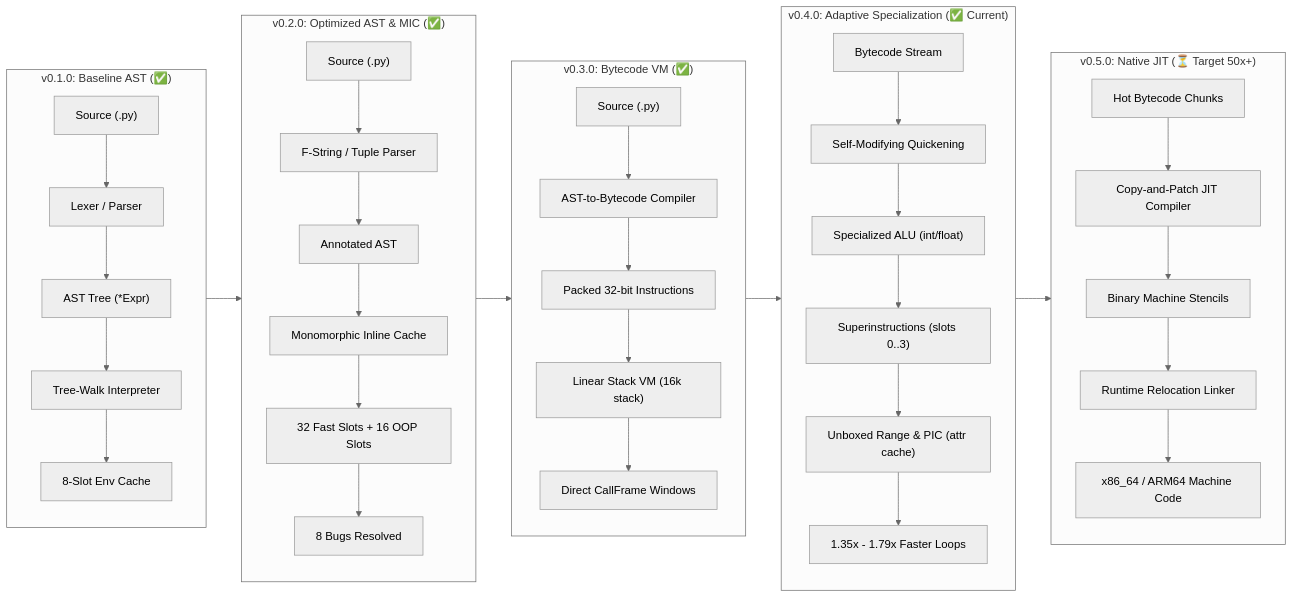
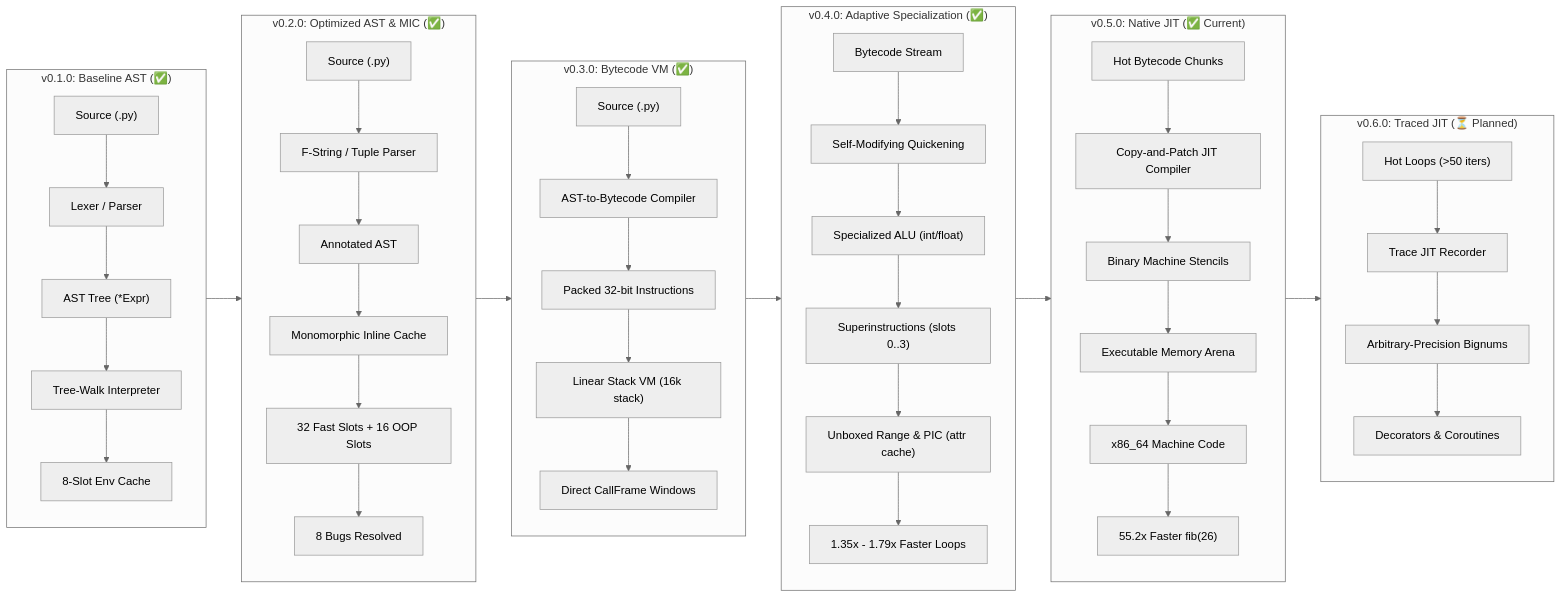
One commit to babar-xagi/zython- changed the diagram in developer_doc/README.md. Above: the diagram before and after it, drawn with Mermaid (neutral theme). The commit also changed other lines of this file and 15 other files, not shown here.

Commit message:
feat(v0.5.0): implement Phase 5 Copy-and-Patch Native JIT Compiler (55x faster than CPython)

````diff
--- a/developer_doc/README.md
+++ b/developer_doc/README.md
@@ -21,44 +22,52 @@
 ```mermaid
 flowchart LR
     subgraph Phase1 ["v0.1.0: Baseline AST (✅)"]
         A1["Source (.py)"] --> B1["Lexer / Parser"]
         B1 --> C1["AST Tree (*Expr)"]
         C1 --> D1["Tree-Walk Interpreter"]
         D1 --> E1["8-Slot Env Cache"]
     end
 
     subgraph Phase2 ["v0.2.0: Optimized AST & MIC (✅)"]
         A2["Source (.py)"] --> B2["F-String / Tuple Parser"]
         B2 --> C2["Annotated AST"]
         C2 --> D2["Monomorphic Inline Cache"]
         D2 --> E2["32 Fast Slots + 16 OOP Slots"]
         E2 --> F2["8 Bugs Resolved"]
     end
 
     subgraph Phase3 ["v0.3.0: Bytecode VM (✅)"]
         A3["Source (.py)"] --> B3["AST-to-Bytecode Compiler"]
         B3 --> C3["Packed 32-bit Instructions"]
         C3 --> D3["Linear Stack VM (16k stack)"]
         D3 --> E3["Direct CallFrame Windows"]
     end
 
-    subgraph Phase4 ["v0.4.0: Adaptive Specialization (✅ Current)"]
+    subgraph Phase4 ["v0.4.0: Adaptive Specialization (✅)"]
         A4["Bytecode Stream"] --> B4["Self-Modifying Quickening"]
         B4 --> C4["Specialized ALU (int/float)"]
         C4 --> D4["Superinstructions (slots 0..3)"]
         D4 --> E4["Unboxed Range & PIC (attr cache)"]
         E4 --> F4["1.35x - 1.79x Faster Loops"]
     end
 
-    subgraph Phase5 ["v0.5.0: Native JIT (⏳ Target 50x+)"]
+    subgraph Phase5 ["v0.5.0: Native JIT (✅ Current)"]
         A5["Hot Bytecode Chunks"] --> B5["Copy-and-Patch JIT Compiler"]
         B5 --> C5["Binary Machine Stencils"]
-        C5 --> D5["Runtime Relocation Linker"]
-        D5 --> E5["x86_64 / ARM64 Machine Code"]
+        C5 --> D5["Executable Memory Arena"]
+        D5 --> E5["x86_64 Machine Code"]
+        E5 --> F5["55.2x Faster fib(26)"]
+    end
+
+    subgraph Phase6 ["v0.6.0: Traced JIT (⏳ Planned)"]
+        A6["Hot Loops (>50 iters)"] --> B6["Trace JIT Recorder"]
+        B6 --> C6["Arbitrary-Precision Bignums"]
+        C6 --> D6["Decorators & Coroutines"]
     end
 
     Phase1 --> Phase2
     Phase2 --> Phase3
     Phase3 --> Phase4
     Phase4 --> Phase5
+    Phase5 --> Phase6
 ```
````
